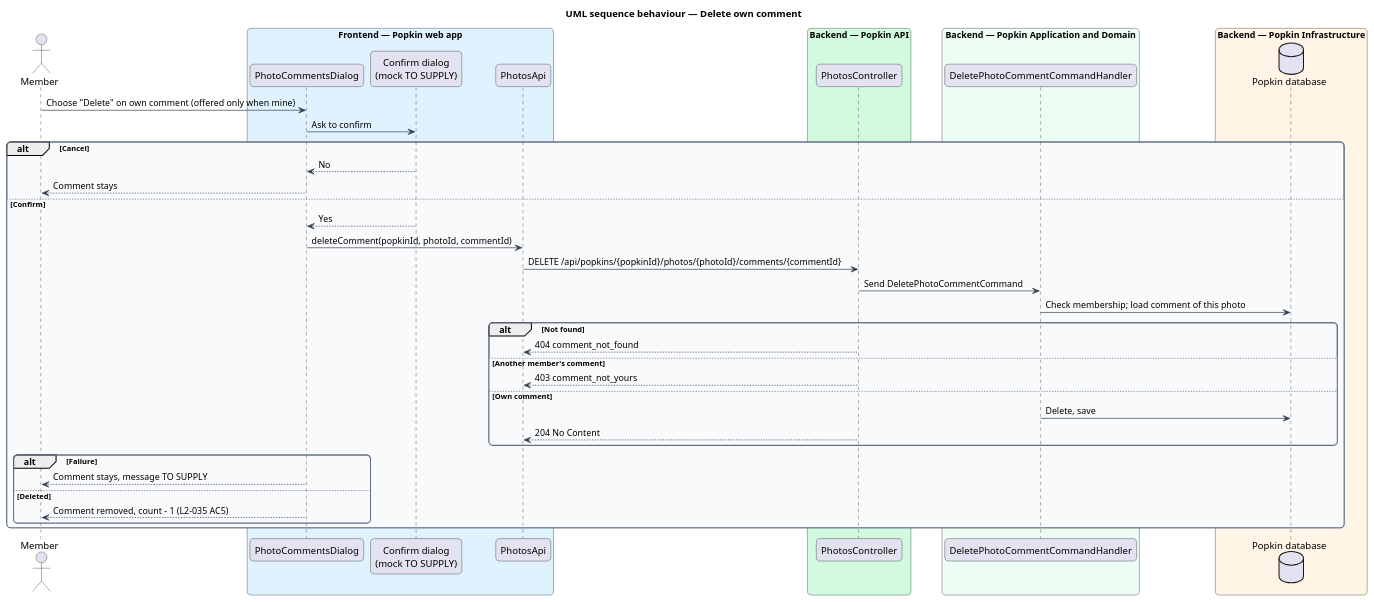
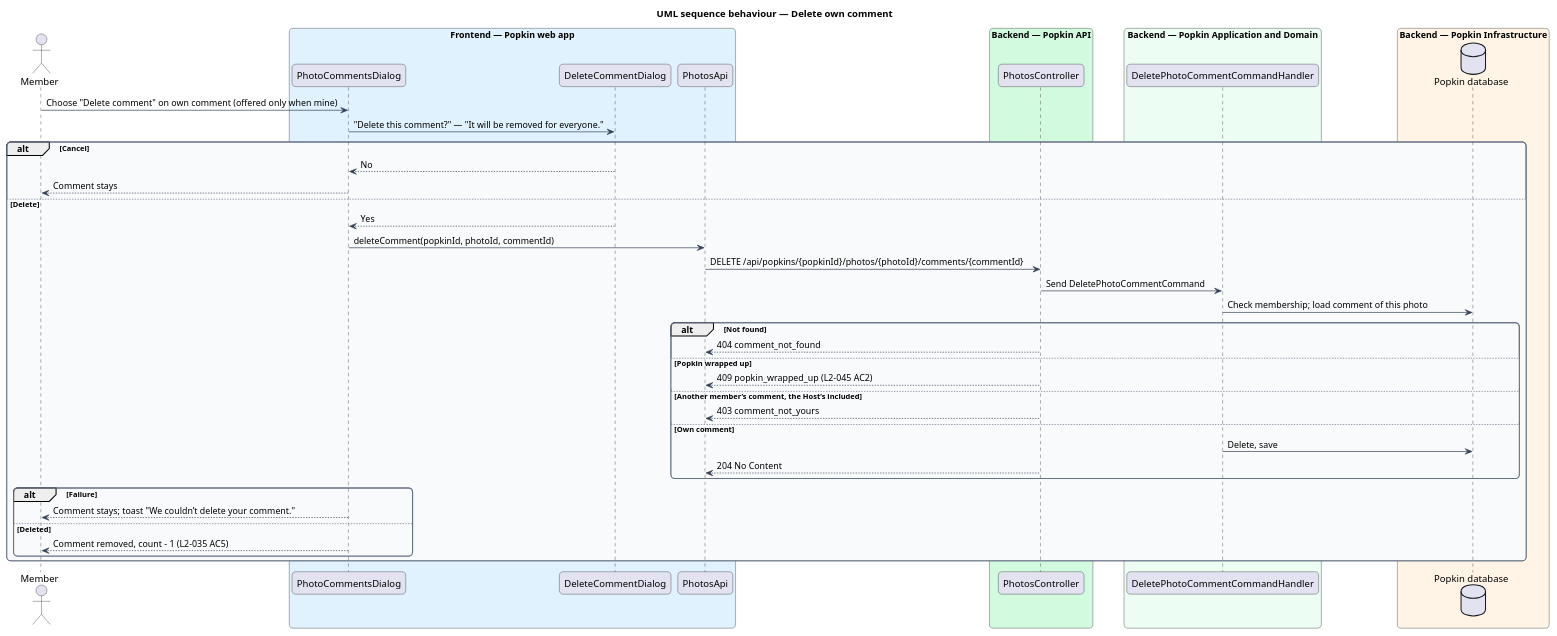
One commit to QuinntyneBrown/popkin changed the diagram in docs/detailed-designs/photos/comment-on-photo/diagrams/sequence-delete-comment.puml. Above: the diagram before and after it, drawn with PlantUML. The commit also changed 4 other files, not shown here.

```diff
--- a/docs/detailed-designs/photos/comment-on-photo/diagrams/sequence-delete-comment.puml
+++ b/docs/detailed-designs/photos/comment-on-photo/diagrams/sequence-delete-comment.puml
@@ -1,58 +1,60 @@
 @startuml
 title UML sequence behaviour — Delete own comment
 skinparam backgroundColor #FFFFFF
 skinparam shadowing false
 skinparam roundcorner 12
 skinparam defaultFontName Arial
 skinparam ArrowColor #344054
 skinparam rectangle {
   BorderColor #344054
   FontColor #101828
 }
 skinparam package {
   BorderColor #667085
   FontColor #101828
   BackgroundColor #F9FAFB
 }
 actor "Member" as actor
 box "Frontend — Popkin web app" #E0F2FE
   participant "PhotoCommentsDialog" as dialog
-  participant "Confirm dialog\n(mock TO SUPPLY)" as confirm
+  participant "DeleteCommentDialog" as confirm
   participant "PhotosApi" as client
 end box
 box "Backend — Popkin API" #D1FADF
   participant "PhotosController" as controller
 end box
 box "Backend — Popkin Application and Domain" #ECFDF3
   participant "DeletePhotoCommentCommandHandler" as handler
 end box
 box "Backend — Popkin Infrastructure" #FFF4E5
   database "Popkin database" as db
 end box
 
-actor -> dialog : Choose "Delete" on own comment (offered only when mine)
-dialog -> confirm : Ask to confirm
+actor -> dialog : Choose "Delete comment" on own comment (offered only when mine)
+dialog -> confirm : "Delete this comment?" — "It will be removed for everyone."
 alt Cancel
   confirm --> dialog : No
   dialog --> actor : Comment stays
-else Confirm
+else Delete
   confirm --> dialog : Yes
   dialog -> client : deleteComment(popkinId, photoId, commentId)
   client -> controller : DELETE /api/popkins/{popkinId}/photos/{photoId}/comments/{commentId}
   controller -> handler : Send DeletePhotoCommentCommand
   handler -> db : Check membership; load comment of this photo
   alt Not found
     controller --> client : 404 comment_not_found
-  else Another member's comment
+  else Popkin wrapped up
+    controller --> client : 409 popkin_wrapped_up (L2-045 AC2)
+  else Another member’s comment, the Host’s included
     controller --> client : 403 comment_not_yours
   else Own comment
     handler -> db : Delete, save
     controller --> client : 204 No Content
   end
   alt Failure
-    dialog --> actor : Comment stays, message TO SUPPLY
+    dialog --> actor : Comment stays; toast "We couldn’t delete your comment."
   else Deleted
     dialog --> actor : Comment removed, count - 1 (L2-035 AC5)
   end
 end
 @enduml
```
